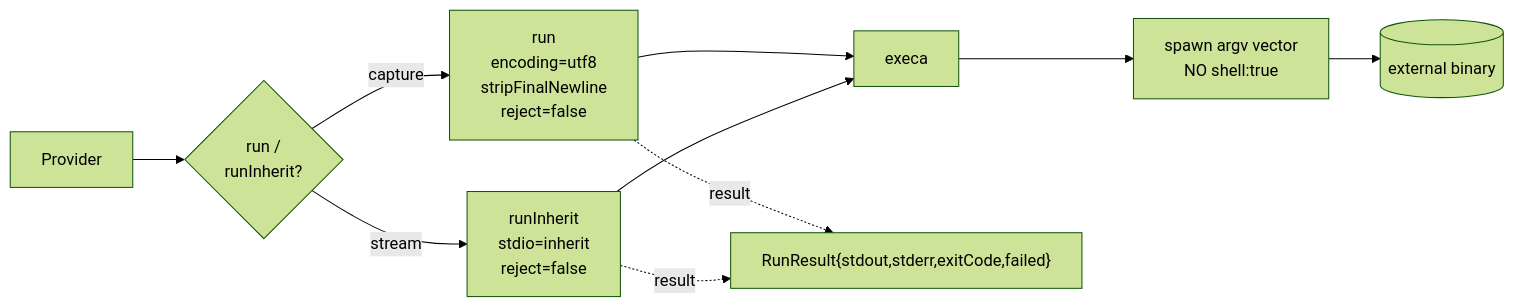
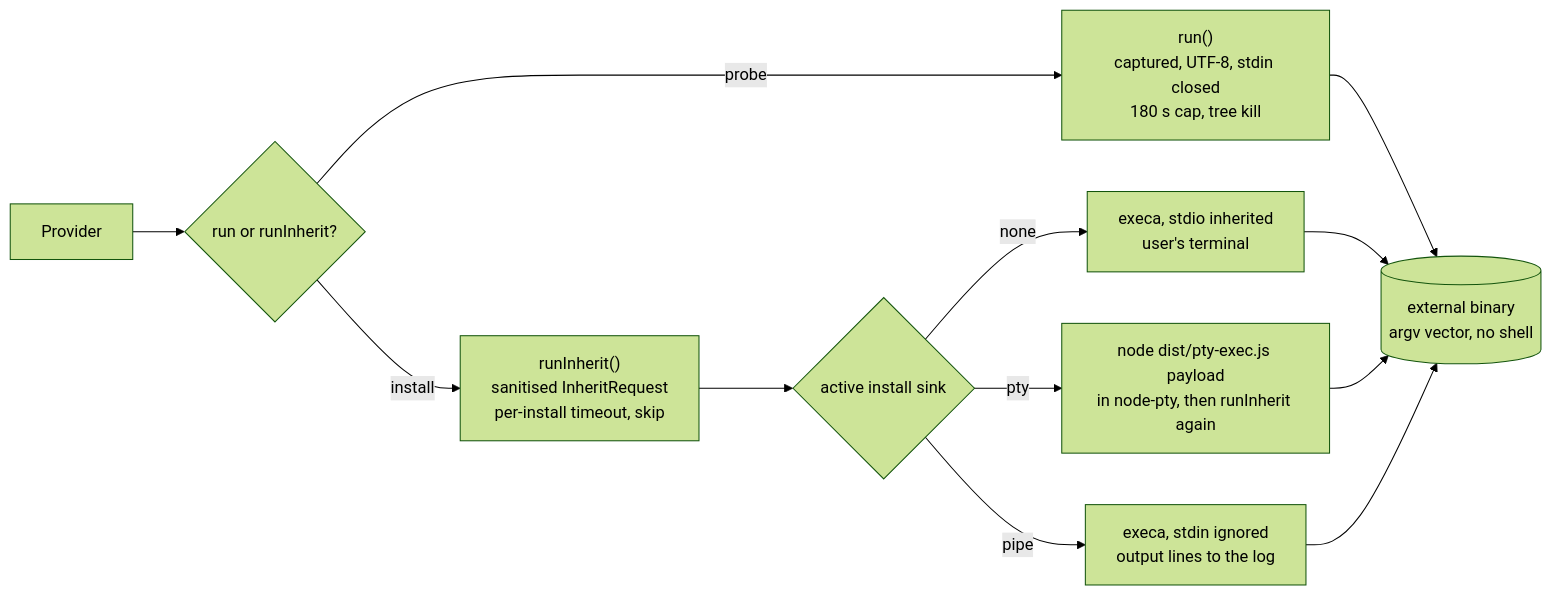
The ninth of 12 diagrams in docs/development/architecture.md (LINDECKER-Charles/gup), drawn with Mermaid (forest theme) before and after one commit. The commit also changed other lines of this file and 2 other files, not shown here.

First line of the commit message:
docs(architecture): redraw the layers, pipelines and run flows

````diff
--- a/docs/development/architecture.md
+++ b/docs/development/architecture.md
@@ -350,12 +436,11 @@
 ```mermaid
 flowchart LR
-    P[Provider] --> R{run /<br/>runInherit?}
-    R -->|capture| Cap[run<br/>encoding=utf8<br/>stripFinalNewline<br/>reject=false]
-    R -->|stream| Inh[runInherit<br/>stdio=inherit<br/>reject=false]
-    Cap & Inh --> Execa[execa]
-    Execa --> Spawn[spawn argv vector<br/>NO shell:true]
-    Spawn --> Bin[(external binary)]
-
-    Cap -.result.-> Result["RunResult{stdout,stderr,exitCode,failed}"]
-    Inh -.result.-> Result
+    P[Provider] --> R{"run or runInherit?"}
+    R -->|probe| Run["run()<br/>captured, UTF-8, stdin closed<br/>180 s cap, tree kill"]
+    R -->|install| Inh["runInherit()<br/>sanitised InheritRequest<br/>per-install timeout, skip"]
+    Inh --> Sink{"active install sink"}
+    Sink -->|none| Term["execa, stdio inherited<br/>user's terminal"]
+    Sink -->|pty| Tramp["node dist/pty-exec.js payload<br/>in node-pty, then runInherit again"]
+    Sink -->|pipe| Pipe["execa, stdin ignored<br/>output lines to the log"]
+    Run & Term & Tramp & Pipe --> Bin[("external binary<br/>argv vector, no shell")]
 ```
````
